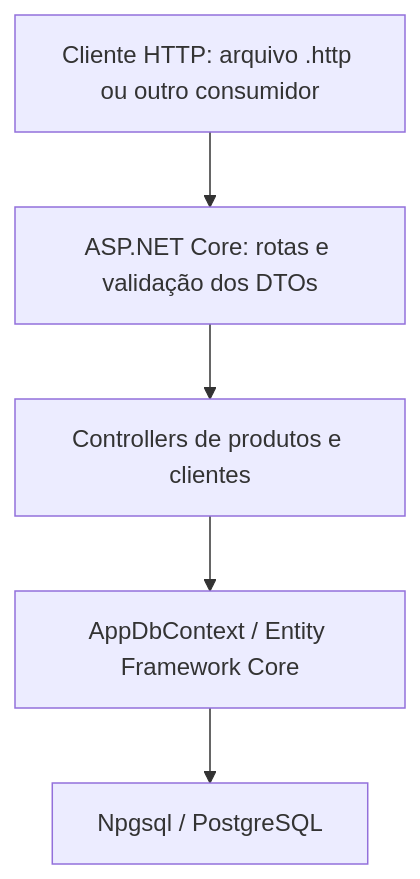
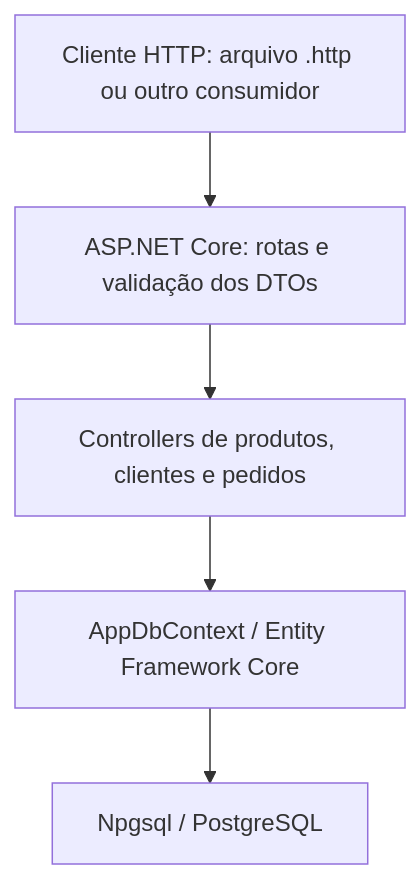
One commit to Gabriel-braga-ol/gestao-marmitaria changed the diagram in README.md. Above: the diagram before and after it, drawn with Mermaid. The commit also changed other lines of this file and 2 other files, not shown here.

````diff
--- a/README.md
+++ b/README.md
@@ -77,7 +87,7 @@
 ```mermaid
 flowchart TD
     A["Cliente HTTP: arquivo .http ou outro consumidor"] --> B["ASP.NET Core: rotas e validação dos DTOs"]
-    B --> C["Controllers de produtos e clientes"]
+    B --> C["Controllers de produtos, clientes e pedidos"]
     C --> D["AppDbContext / Entity Framework Core"]
     D --> E["Npgsql / PostgreSQL"]
 ```
````
